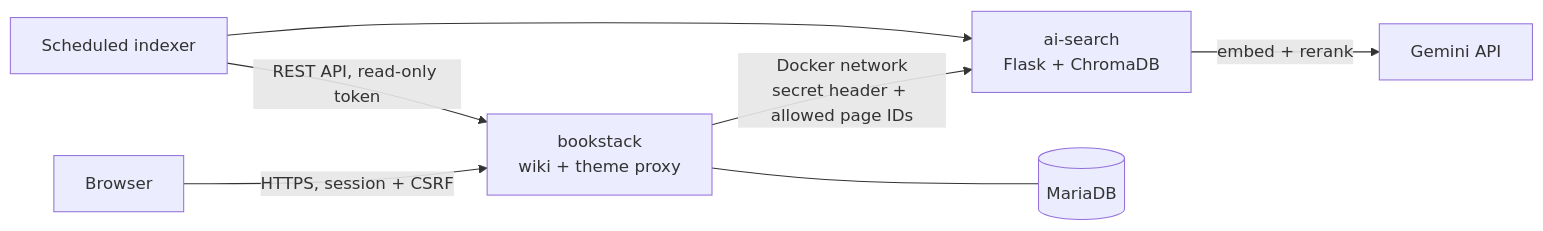
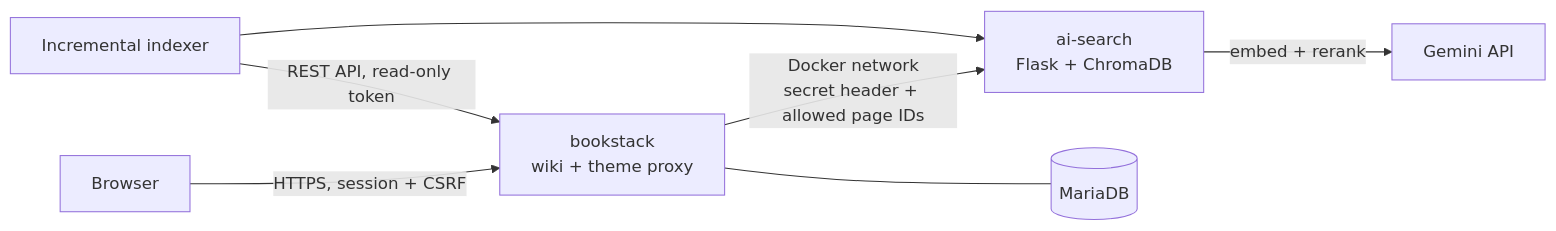
The diagram in README.md (CCY-0124/casestudy_bookstack), drawn with Mermaid before and after one commit. The commit also changed other lines of this file, not shown here.

````diff
--- a/README.md
+++ b/README.md
@@ -33,9 +51,9 @@
 ```mermaid
 flowchart LR
     U[Browser] -->|HTTPS, session + CSRF| B[bookstack<br/>wiki + theme proxy]
     B -->|Docker network<br/>secret header + allowed page IDs| S[ai-search<br/>Flask + ChromaDB]
     B --- D[(MariaDB)]
     S -->|embed + rerank| G[Gemini API]
-    I[Scheduled indexer] -->|REST API, read-only token| B
+    I[Incremental indexer] -->|REST API, read-only token| B
     I --> S
 ```
````
